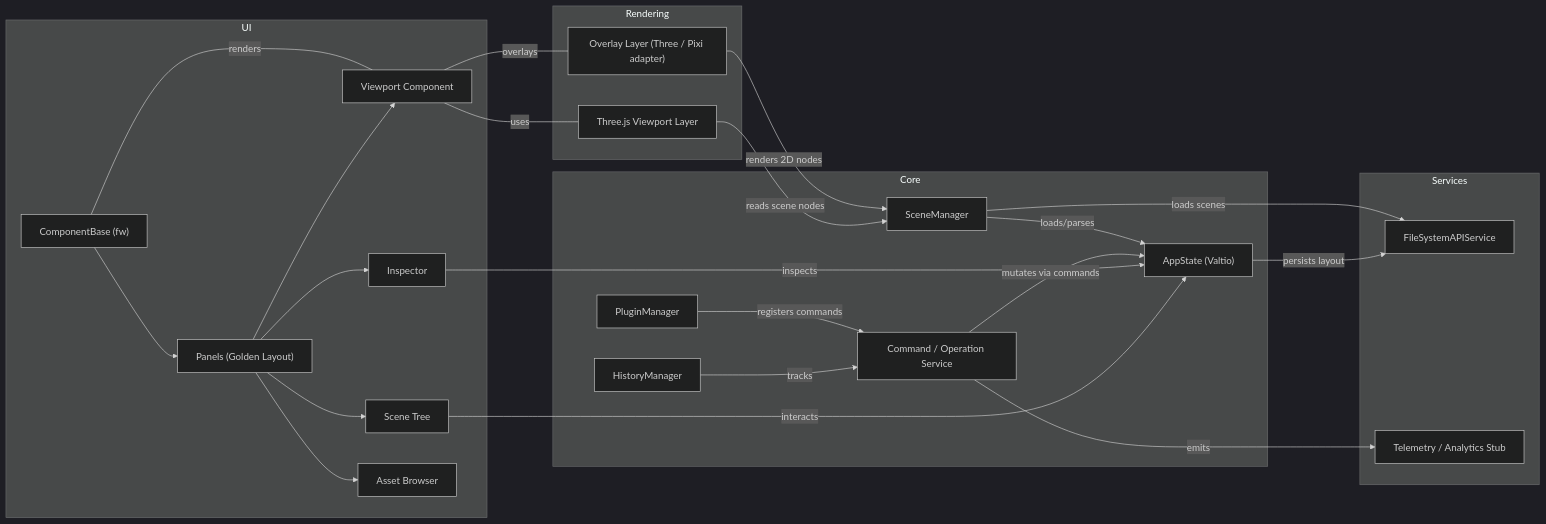
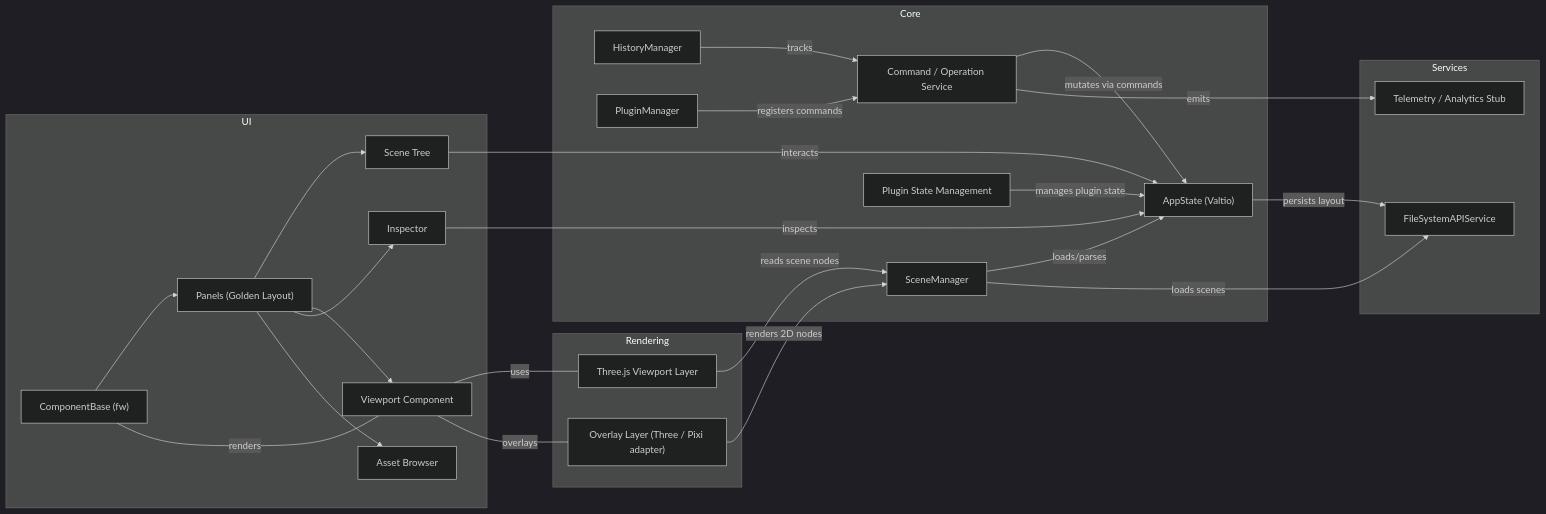
Before and after one commit to pix3dev/pix3-core: the diagram in docs/architecture.md, drawn with Mermaid (dark theme). The commit also changed 1 other file, not shown here.

Commit message:
feat: Enhance architecture diagram and update Pix3 specification with plugin state management details

````diff
--- a/docs/architecture.md
+++ b/docs/architecture.md
@@ -9,46 +9,48 @@
 ```mermaid
 flowchart LR
   subgraph UI
     A["ComponentBase (fw)"] --> B["Panels (Golden Layout)"]
     B --> C["Scene Tree"]
     B --> D["Viewport Component"]
     B --> E["Inspector"]
     B --> F["Asset Browser"]
   end
 
   subgraph Core
     G["AppState (Valtio)"]
     H["Command / Operation Service"]
     I["HistoryManager"]
     J["SceneManager"]
     K["PluginManager"]
+    L["Plugin State Management"]
   end
 
   subgraph Services
-    L["FileSystemAPIService"]
-    M["Telemetry / Analytics Stub"]
+    M["FileSystemAPIService"]
+    N["Telemetry / Analytics Stub"]
   end
 
   subgraph Rendering
-    N["Three.js Viewport Layer"]
-    O["Overlay Layer (Three / Pixi adapter)"]
+    O["Three.js Viewport Layer"]
+    P["Overlay Layer (Three / Pixi adapter)"]
   end
 
   A ---|renders| D
-  D ---|uses| N
-  D ---|overlays| O
+  D ---|uses| O
+  D ---|overlays| P
 
   C -->|interacts| G
   E -->|inspects| G
   H -->|mutates via commands| G
   I -->|tracks| H
   J -->|loads/parses| G
   K -->|registers commands| H
+  L -->|manages plugin state| G
 
-  G -->|persists layout| L
-  H -->|emits| M
-  J -->|loads scenes| L
+  G -->|persists layout| M
+  H -->|emits| N
+  J -->|loads scenes| M
 
-  N -->|reads scene nodes| J
-  O -->|renders 2D nodes| J
+  O -->|reads scene nodes| J
+  P -->|renders 2D nodes| J
 ```
````
